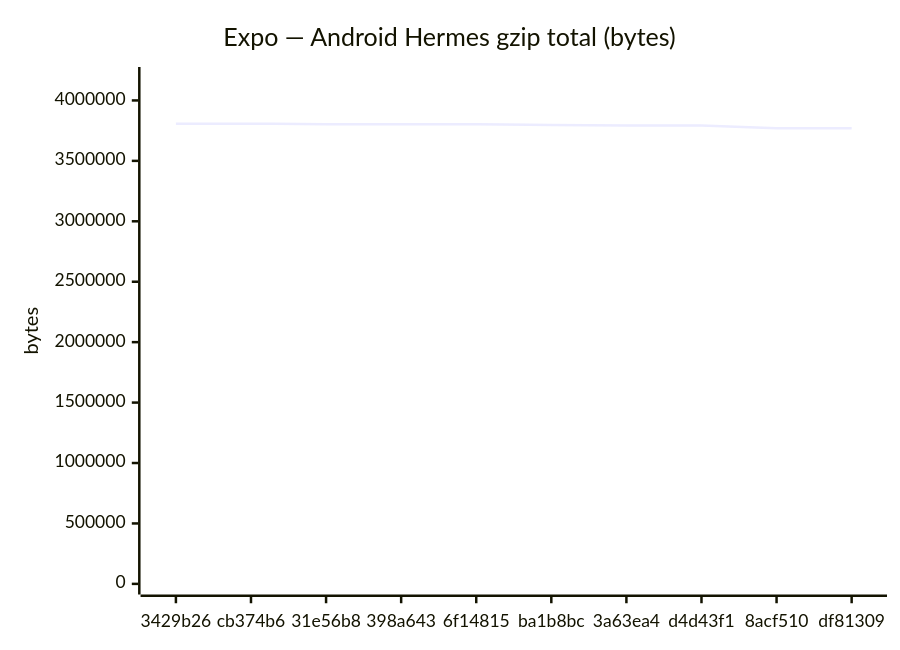
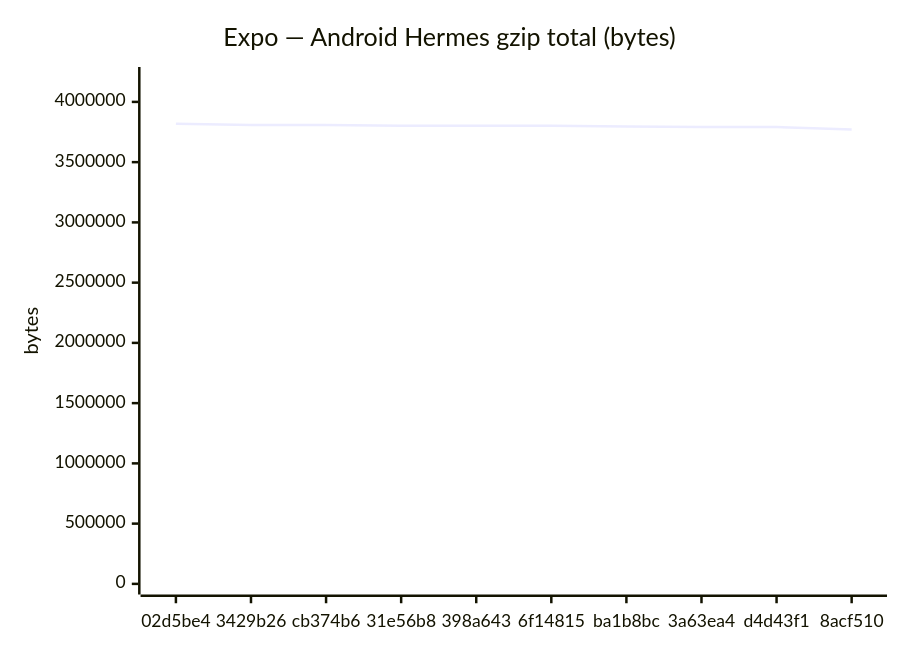
Before and after one commit to Metaheurist/Rianell: the fifth of 18 diagrams in benchmarks/compare.md, drawn with Mermaid. The commit also changed other lines of this file and 11 other files, not shown here.

````diff
--- a/benchmarks/compare.md
+++ b/benchmarks/compare.md
@@ -89,7 +89,7 @@
 ```mermaid
 xychart-beta
     title "Expo — Android Hermes gzip total (bytes)"
-    x-axis ["3429b26", "cb374b6", "31e56b8", "398a643", "6f14815", "ba1b8bc", "3a63ea4", "d4d43f1", "8acf510", "df81309"]
-    y-axis "bytes" 0 --> 4188742
-    line [3807947, 3807947, 3802529, 3802528, 3802527, 3796378, 3791714, 3791716, 3770636, 3770634]
+    x-axis ["02d5be4", "3429b26", "cb374b6", "31e56b8", "398a643", "6f14815", "ba1b8bc", "3a63ea4", "d4d43f1", "8acf510"]
+    y-axis "bytes" 0 --> 4201489
+    line [3819535, 3807947, 3807947, 3802529, 3802528, 3802527, 3796378, 3791714, 3791716, 3770636]
 ```
````
